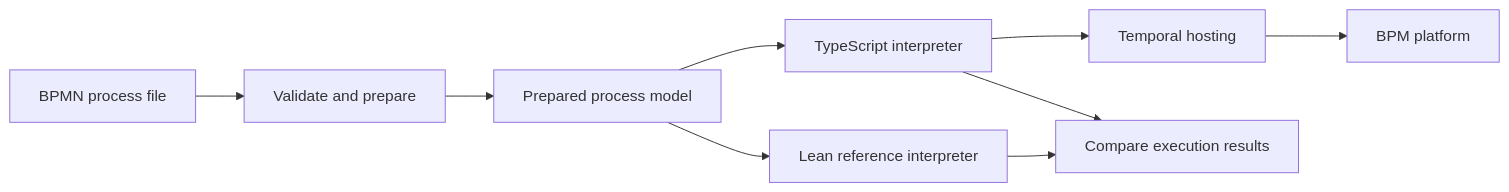
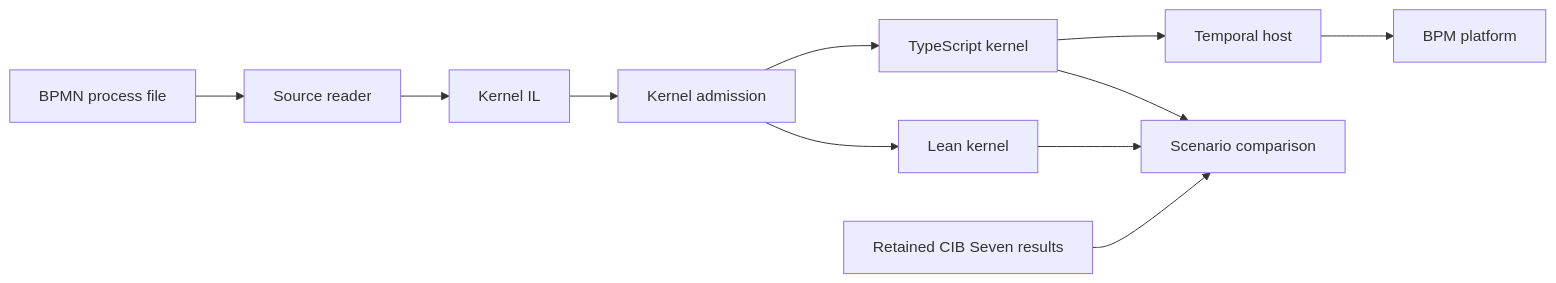
The diagram in README.md (mbackschat/bpmn-lean-experiment), drawn with Mermaid before and after one commit. The commit also changed other lines of this file and 412 other files, not shown here.

First line of the commit message:
docs: graduate the kernel architecture and reset the documentation to the kernel

````diff
--- a/README.md
+++ b/README.md
@@ -126,11 +100,13 @@
 ```mermaid
 flowchart LR
-  XML[BPMN process file] --> Import[Validate and prepare]
-  Import --> Model[Prepared process model]
-  Model --> Core[TypeScript interpreter]
-  Core --> Host[Temporal hosting]
+  XML[BPMN process file] --> Reader[Source reader]
+  Reader --> IL[Kernel IL]
+  IL --> Admission[Kernel admission]
+  Admission --> TS[TypeScript kernel]
+  TS --> Host[Temporal host]
   Host --> Platform[BPM platform]
-  Model --> Lean[Lean reference interpreter]
-  Lean --> Tests[Compare execution results]
-  Core --> Tests
+  Admission --> Lean[Lean kernel]
+  Lean --> Compare[Scenario comparison]
+  TS --> Compare
+  CIB[Retained CIB Seven results] --> Compare
 ```
````
